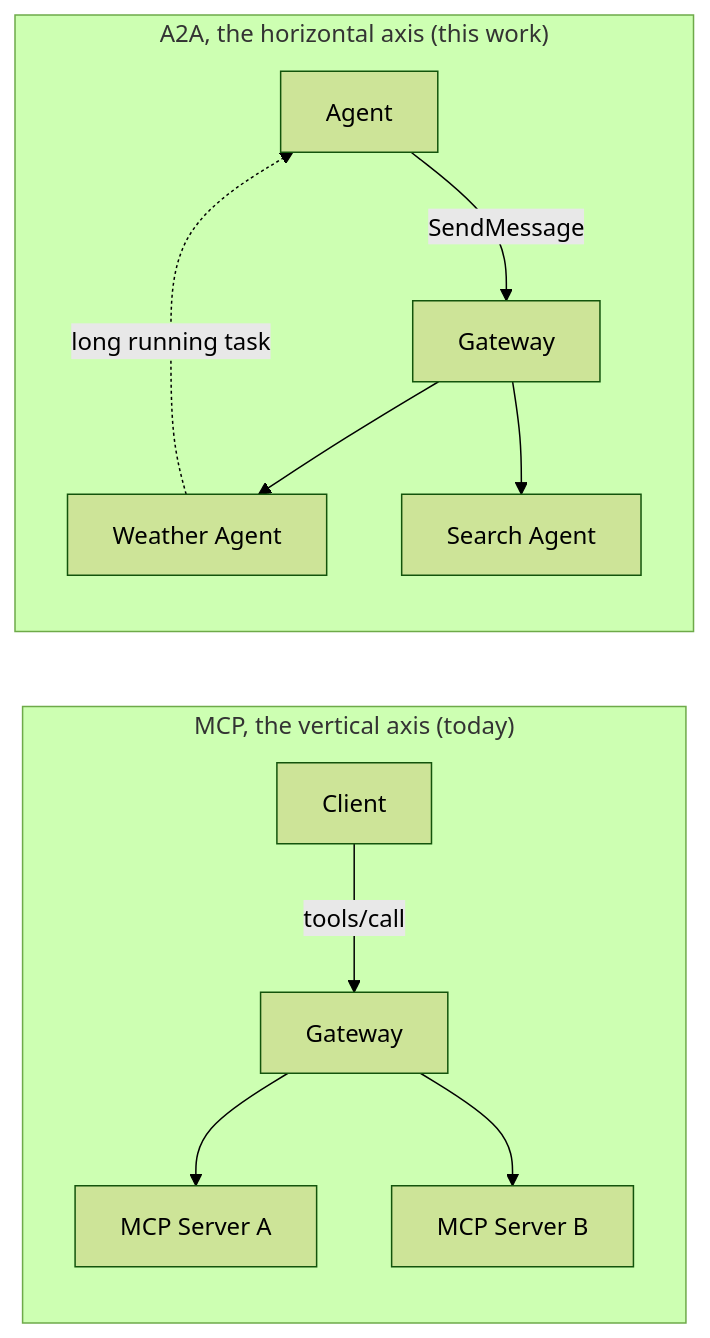
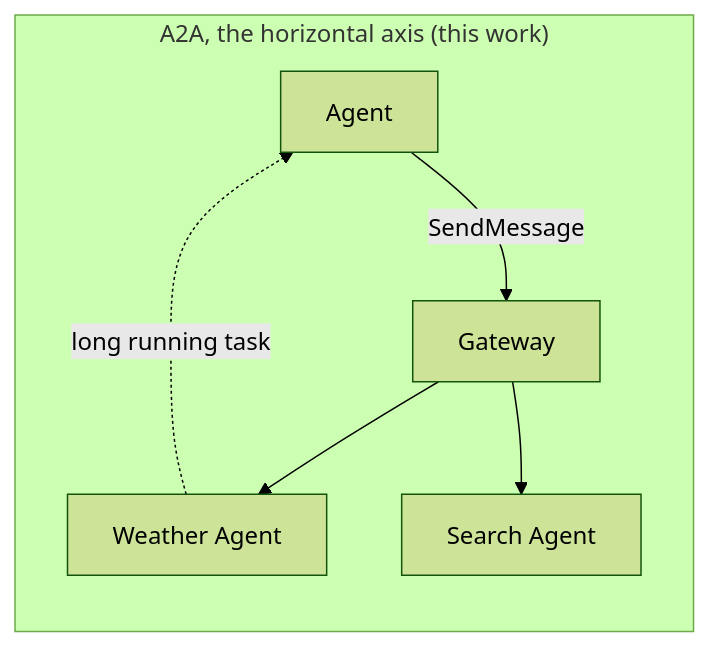
Before and after one commit to Kuadrant/kuadrant.github.io: the second of 2 diagrams in src/blog/a2a-passthrough.md, drawn with Mermaid (forest theme).

Commit message:
blog: split the two-axes diagram so MCP renders before A2A

````diff
--- a/src/blog/a2a-passthrough.md
+++ b/src/blog/a2a-passthrough.md
@@ -19,14 +28,9 @@
 ```mermaid
 flowchart LR
-    subgraph vertical["MCP, the vertical axis (today)"]
-        C1[Client] -->|tools/call| G1[Gateway]
-        G1 --> S1[MCP Server A]
-        G1 --> S2[MCP Server B]
-    end
     subgraph horizontal["A2A, the horizontal axis (this work)"]
         A1[Agent] -->|SendMessage| G2[Gateway]
         G2 --> A2[Weather Agent]
         G2 --> A3[Search Agent]
         A2 -.long running task.-> A1
     end
 ```
````
